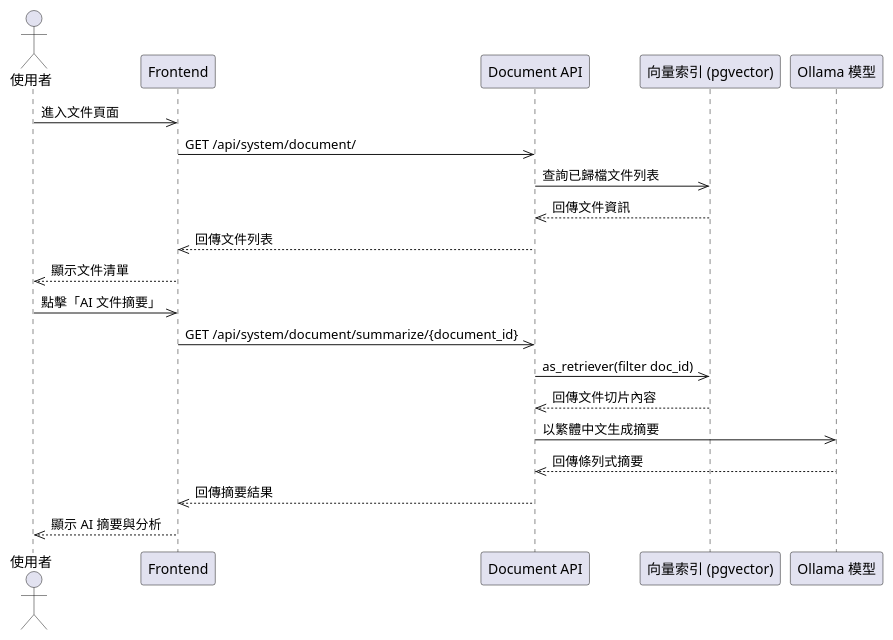
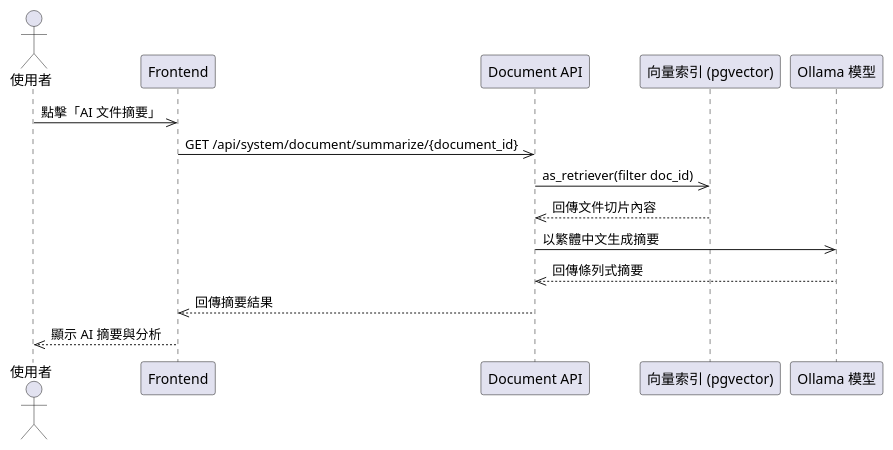
The diagram in plantUML/sequence/document_summary.puml (walle45611/NTUB_SecuManag_Diagram), drawn with PlantUML before and after one commit. The commit also changed 12 other files, not shown here.

Commit message:
feat: 新增資產一覽表查詢流程圖，整合前端與後端資料流 feat: 新增物件 CRUD 流程圖，描述資料的新增、修改與刪除 feat: 新增風險力導圖流程圖，顯示風險評估與等級判斷 feat: 新增工作派工逾時處理流程圖，描述逾時通知與異常處理

```diff
--- a/plantUML/sequence/document_summary.puml
+++ b/plantUML/sequence/document_summary.puml
@@ -1,24 +1,17 @@
 @startuml
 actor User as "使用者"
 participant Frontend
 participant "Document API" as DocumentAPI
 participant "向量索引 (pgvector)" as VectorStore
 participant "Ollama 模型" as LLM
-
-User ->> Frontend: 進入文件頁面
-Frontend ->> DocumentAPI: GET /api/system/document/
-DocumentAPI ->> VectorStore: 查詢已歸檔文件列表
-VectorStore -->> DocumentAPI: 回傳文件資訊
-DocumentAPI -->> Frontend: 回傳文件列表
-Frontend -->> User: 顯示文件清單
 
 User ->> Frontend: 點擊「AI 文件摘要」
 Frontend ->> DocumentAPI: GET /api/system/document/summarize/{document_id}
 DocumentAPI ->> VectorStore: as_retriever(filter doc_id)
 VectorStore -->> DocumentAPI: 回傳文件切片內容
 DocumentAPI ->> LLM: 以繁體中文生成摘要
 LLM -->> DocumentAPI: 回傳條列式摘要
 DocumentAPI -->> Frontend: 回傳摘要結果
 Frontend -->> User: 顯示 AI 摘要與分析
 
 @enduml
```
